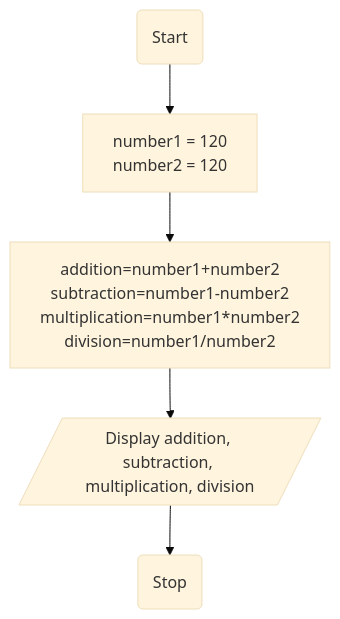
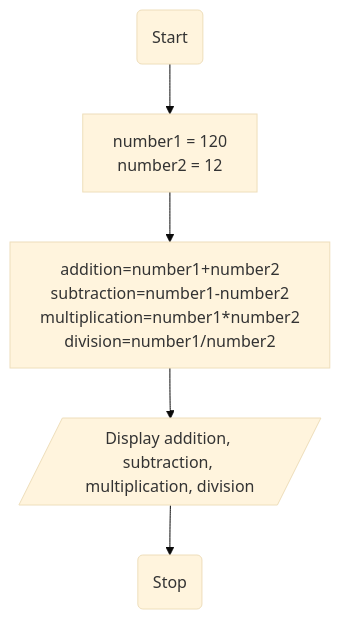
Before and after one commit to jayani-athukorala/java-fundamentals-exercise: the third of 8 diagrams in README.md, drawn with Mermaid (base theme). The commit also changed other lines of this file, not shown here.

````diff
--- a/README.md
+++ b/README.md
@@ -100,7 +100,7 @@
 ```mermaid
 flowchart TD
-    A(Start) --> B[number1 = 120<br>number2 = 120]
+    A(Start) --> B[number1 = 120<br>number2 = 12]
     B --> C[addition=number1+number2<br>subtraction=number1-number2<br>multiplication=number1*number2<br>division=number1/number2]
     C --> D[/Display addition, subtraction, multiplication, division/]
     D --> E(Stop)
 ```
````
